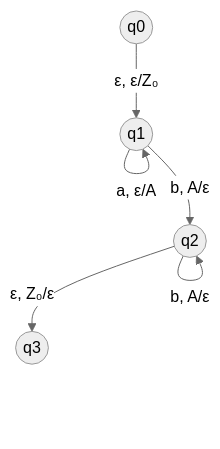
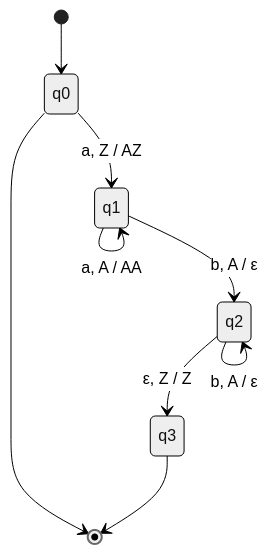
Before and after one commit to djaimej/computer-science-template: the diagram in public/documents/semester-4/1/4131.md, drawn with Mermaid (neutral theme). The commit also changed other lines of this file and 5 other files, not shown here.

````diff
--- a/public/documents/semester-4/1/4131.md
+++ b/public/documents/semester-4/1/4131.md
@@ -63,8 +69,11 @@
 ```mermaid
-flowchart TD
-    q0((q0)) --> |"ε, ε/Z₀"| q1((q1))
-    q1 --> |"a, ε/A"| q1
-    q1 --> |"b, A/ε"| q2((q2))
-    q2 --> |"b, A/ε"| q2
-    q2 --> |"ε, Z₀/ε"| q3((q3))
+stateDiagram-v2
+    [*] --> q0
+    q0 --> q1: a, Z / AZ
+    q1 --> q1: a, A / AA
+    q1 --> q2: b, A / ε
+    q2 --> q2: b, A / ε
+    q2 --> q3: ε, Z / Z
+    q0 --> [*]
+    q3 --> [*]
 ```
````
